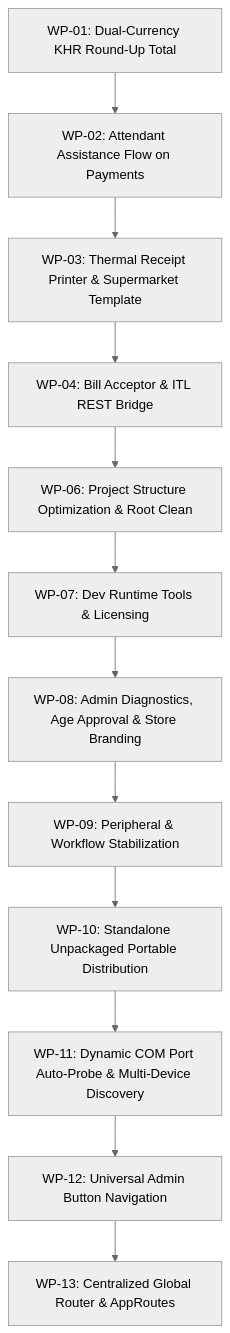
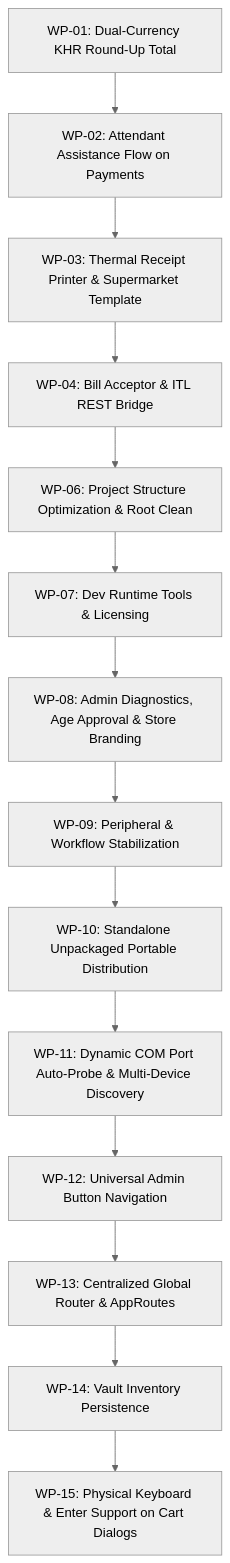
One commit to Thylyyong/testingCashRecycling changed the diagram in ENGINEERING_TASKS.md. Above: the diagram before and after it, drawn with Mermaid (neutral theme). The commit also changed other lines of this file and 8 other files, not shown here.

Commit message:
feat(kiosk): vault inventory breakdown persistence and keyboard typing with Enter trigger on cart dialogs

````diff
--- a/ENGINEERING_TASKS.md
+++ b/ENGINEERING_TASKS.md
@@ -269,14 +293,16 @@
 ```mermaid
 graph TD
     A["WP-01: Dual-Currency KHR Round-Up Total"] --> B["WP-02: Attendant Assistance Flow on Payments"]
     B --> C["WP-03: Thermal Receipt Printer & Supermarket Template"]
     C --> D["WP-04: Bill Acceptor & ITL REST Bridge"]
     D --> E["WP-06: Project Structure Optimization & Root Clean"]
     E --> F["WP-07: Dev Runtime Tools & Licensing"]
     F --> G["WP-08: Admin Diagnostics, Age Approval & Store Branding"]
     G --> H["WP-09: Peripheral & Workflow Stabilization"]
     H --> I["WP-10: Standalone Unpackaged Portable Distribution"]
     I --> J["WP-11: Dynamic COM Port Auto-Probe & Multi-Device Discovery"]
     J --> K["WP-12: Universal Admin Button Navigation"]
     K --> L["WP-13: Centralized Global Router & AppRoutes"]
+    L --> M["WP-14: Vault Inventory Persistence"]
+    M --> N["WP-15: Physical Keyboard & Enter Support on Cart Dialogs"]
 ```
````
